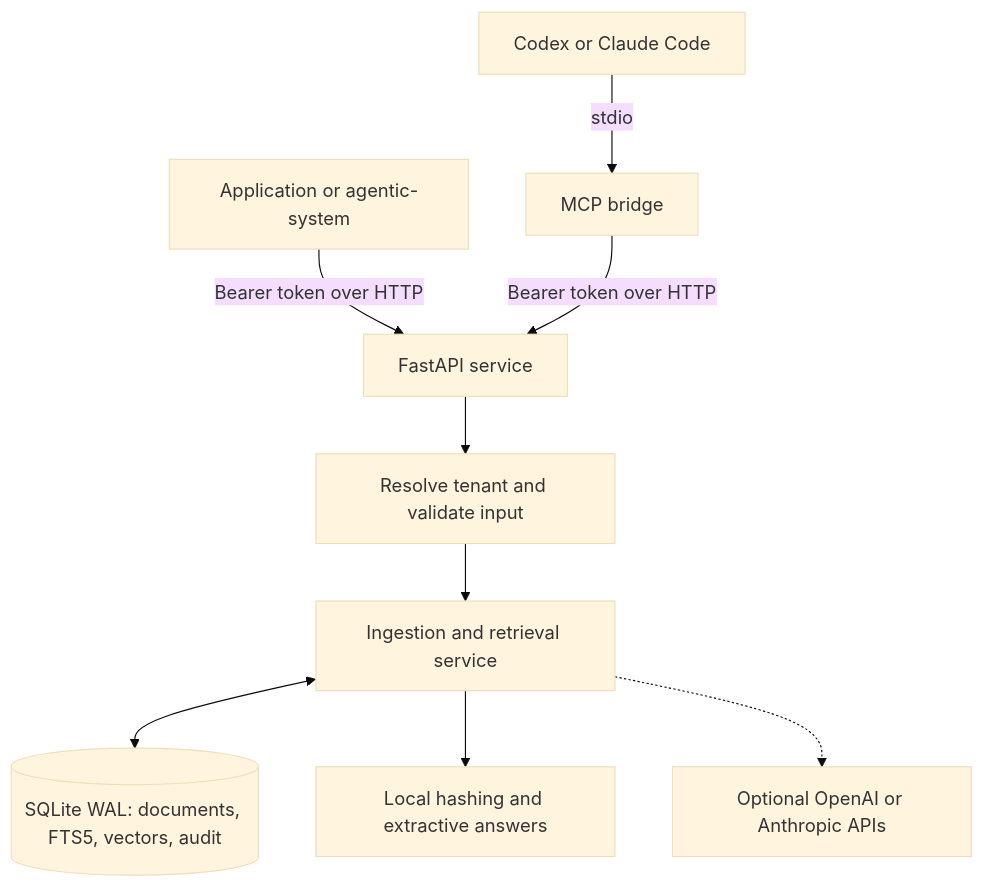
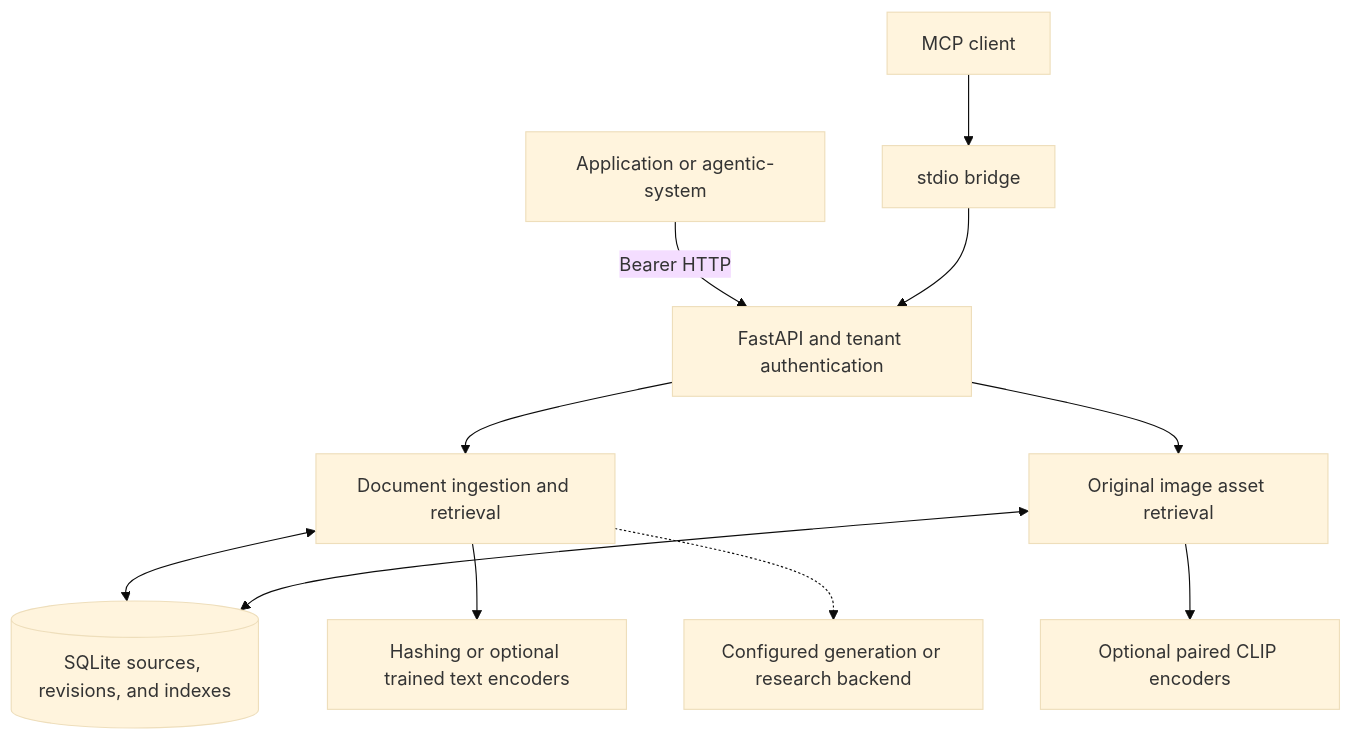
Before and after one commit to MasterLKH180cm/RAGs: the first of 3 diagrams in README.md, drawn with Mermaid (base theme). The commit also changed other lines of this file and 31 other files, not shown here.

First line of the commit message:
feat: implement v0.2 ingestion, retrieval, and verification

````diff
--- a/README.md
+++ b/README.md
@@ -42,11 +107,13 @@
 ```mermaid
 flowchart TD
-    App[Application or agentic-system] -->|Bearer token over HTTP| API[FastAPI service]
-    Client[Codex or Claude Code] -->|stdio| MCP[MCP bridge]
-    MCP -->|Bearer token over HTTP| API
-    API --> Auth[Resolve tenant and validate input]
-    Auth --> Service[Ingestion and retrieval service]
-    Service <--> DB[("SQLite WAL: documents, FTS5, vectors, audit")]
-    Service --> Local[Local hashing and extractive answers]
-    Service -.-> Remote[Optional OpenAI or Anthropic APIs]
+    App["Application or agentic-system"] -->|Bearer HTTP| API["FastAPI and tenant authentication"]
+    Client["MCP client"] --> MCP["stdio bridge"]
+    MCP --> API
+    API --> Docs["Document ingestion and retrieval"]
+    API --> Assets["Original image asset retrieval"]
+    Docs <--> DB[("SQLite sources, revisions, and indexes")]
+    Assets <--> DB
+    Docs --> Local["Hashing or optional trained text encoders"]
+    Assets --> CLIP["Optional paired CLIP encoders"]
+    Docs -.-> Models["Configured generation or research backend"]
 ```
````
